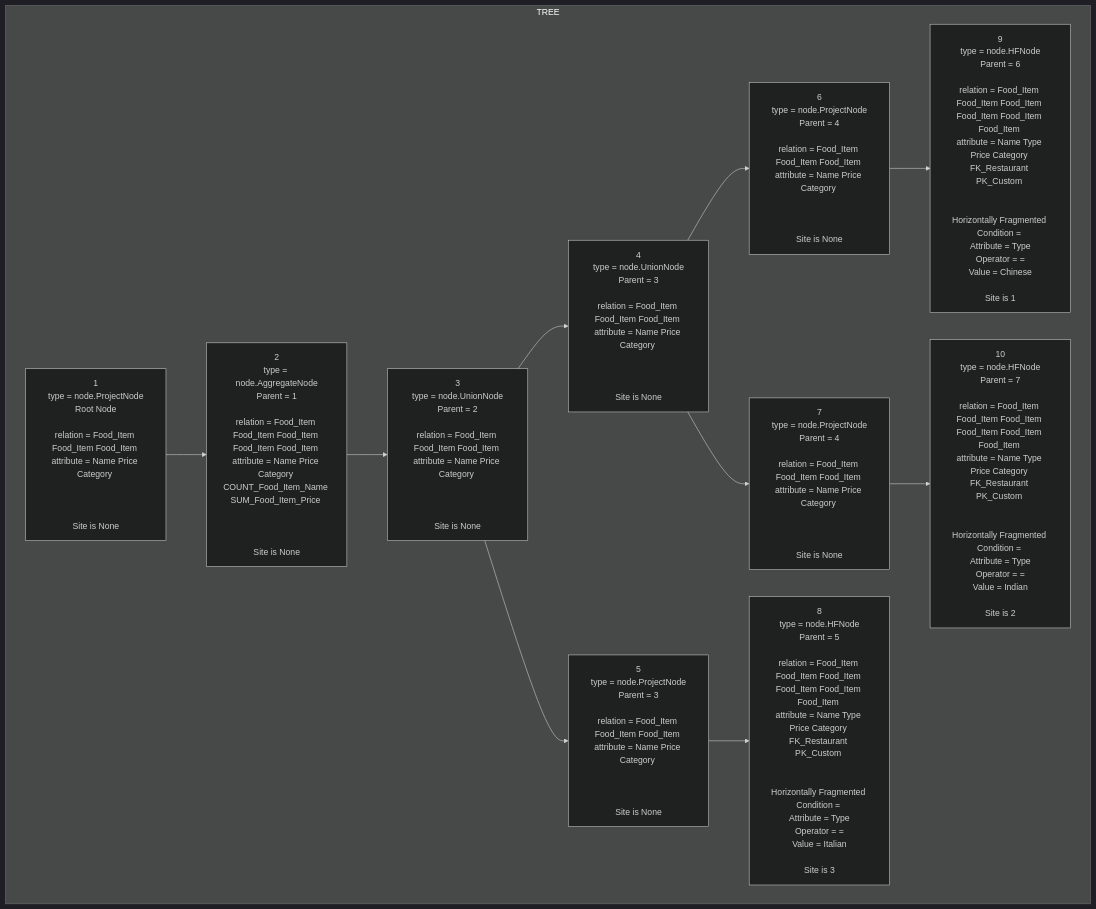
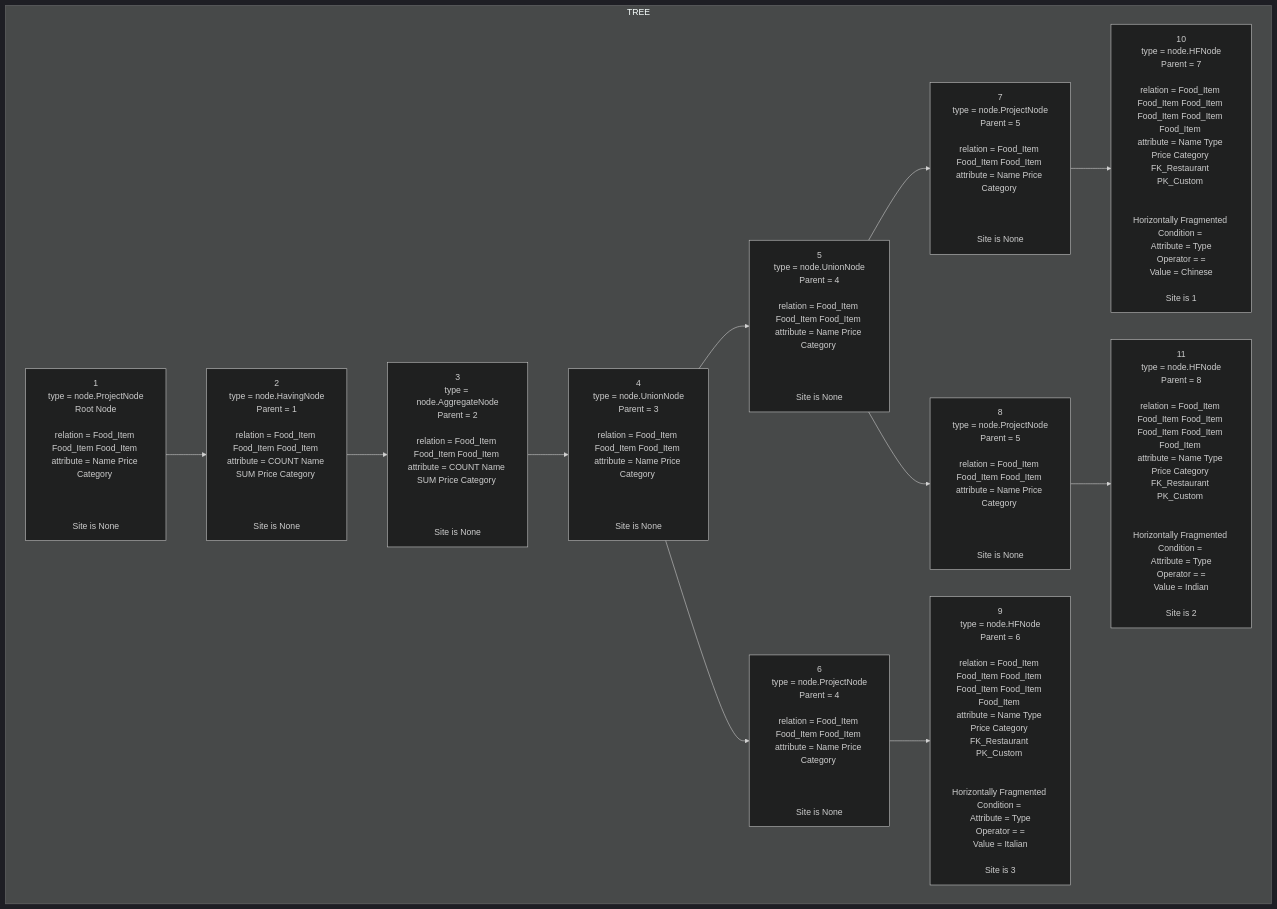
The diagram in phase3/src/complete.md (krtikgrg/Distributed_Database_System), drawn with Mermaid (dark theme) before and after one commit. The commit also changed 6 other files, not shown here.

````diff
--- a/phase3/src/complete.md
+++ b/phase3/src/complete.md
@@ -1,24 +1,26 @@
 ```mermaid
 graph TD
 subgraph TREE
 1[1<br/>type = node.ProjectNode<br/>Root Node<br/><br/>relation = Food_Item Food_Item Food_Item <br/>attribute = Name Price Category <br/><br/><br/><br/>Site is None<br/>]
-2[2<br/>type = node.AggregateNode<br/>Parent = 1<br/><br/>relation = Food_Item Food_Item Food_Item Food_Item Food_Item <br/>attribute = Name Price Category COUNT_Food_Item_Name SUM_Food_Item_Price <br/><br/><br/><br/>Site is None<br/>]
+2[2<br/>type = node.HavingNode<br/>Parent = 1<br/><br/>relation = Food_Item Food_Item Food_Item <br/>attribute = COUNT Name SUM Price Category <br/><br/><br/><br/>Site is None<br/>]
 1-->2
-3[3<br/>type = node.UnionNode<br/>Parent = 2<br/><br/>relation = Food_Item Food_Item Food_Item <br/>attribute = Name Price Category <br/><br/><br/><br/>Site is None<br/>]
+3[3<br/>type = node.AggregateNode<br/>Parent = 2<br/><br/>relation = Food_Item Food_Item Food_Item <br/>attribute = COUNT Name SUM Price Category <br/><br/><br/><br/>Site is None<br/>]
 2-->3
 4[4<br/>type = node.UnionNode<br/>Parent = 3<br/><br/>relation = Food_Item Food_Item Food_Item <br/>attribute = Name Price Category <br/><br/><br/><br/>Site is None<br/>]
 3-->4
-5[5<br/>type = node.ProjectNode<br/>Parent = 3<br/><br/>relation = Food_Item Food_Item Food_Item <br/>attribute = Name Price Category <br/><br/><br/><br/>Site is None<br/>]
-3-->5
+5[5<br/>type = node.UnionNode<br/>Parent = 4<br/><br/>relation = Food_Item Food_Item Food_Item <br/>attribute = Name Price Category <br/><br/><br/><br/>Site is None<br/>]
+4-->5
 6[6<br/>type = node.ProjectNode<br/>Parent = 4<br/><br/>relation = Food_Item Food_Item Food_Item <br/>attribute = Name Price Category <br/><br/><br/><br/>Site is None<br/>]
 4-->6
-7[7<br/>type = node.ProjectNode<br/>Parent = 4<br/><br/>relation = Food_Item Food_Item Food_Item <br/>attribute = Name Price Category <br/><br/><br/><br/>Site is None<br/>]
-4-->7
-8[8<br/>type = node.HFNode<br/>Parent = 5<br/><br/>relation = Food_Item Food_Item Food_Item Food_Item Food_Item Food_Item <br/>attribute = Name Type Price Category FK_Restaurant PK_Custom <br/><br/><br/>Horizontally Fragmented Condition = <br/>Attribute = Type<br/>Operator = =<br/>Value = Italian<br/><br/>Site is 3<br/>]
+7[7<br/>type = node.ProjectNode<br/>Parent = 5<br/><br/>relation = Food_Item Food_Item Food_Item <br/>attribute = Name Price Category <br/><br/><br/><br/>Site is None<br/>]
+5-->7
+8[8<br/>type = node.ProjectNode<br/>Parent = 5<br/><br/>relation = Food_Item Food_Item Food_Item <br/>attribute = Name Price Category <br/><br/><br/><br/>Site is None<br/>]
 5-->8
-9[9<br/>type = node.HFNode<br/>Parent = 6<br/><br/>relation = Food_Item Food_Item Food_Item Food_Item Food_Item Food_Item <br/>attribute = Name Type Price Category FK_Restaurant PK_Custom <br/><br/><br/>Horizontally Fragmented Condition = <br/>Attribute = Type<br/>Operator = =<br/>Value = Chinese<br/><br/>Site is 1<br/>]
+9[9<br/>type = node.HFNode<br/>Parent = 6<br/><br/>relation = Food_Item Food_Item Food_Item Food_Item Food_Item Food_Item <br/>attribute = Name Type Price Category FK_Restaurant PK_Custom <br/><br/><br/>Horizontally Fragmented Condition = <br/>Attribute = Type<br/>Operator = =<br/>Value = Italian<br/><br/>Site is 3<br/>]
 6-->9
-10[10<br/>type = node.HFNode<br/>Parent = 7<br/><br/>relation = Food_Item Food_Item Food_Item Food_Item Food_Item Food_Item <br/>attribute = Name Type Price Category FK_Restaurant PK_Custom <br/><br/><br/>Horizontally Fragmented Condition = <br/>Attribute = Type<br/>Operator = =<br/>Value = Indian<br/><br/>Site is 2<br/>]
+10[10<br/>type = node.HFNode<br/>Parent = 7<br/><br/>relation = Food_Item Food_Item Food_Item Food_Item Food_Item Food_Item <br/>attribute = Name Type Price Category FK_Restaurant PK_Custom <br/><br/><br/>Horizontally Fragmented Condition = <br/>Attribute = Type<br/>Operator = =<br/>Value = Chinese<br/><br/>Site is 1<br/>]
 7-->10
+11[11<br/>type = node.HFNode<br/>Parent = 8<br/><br/>relation = Food_Item Food_Item Food_Item Food_Item Food_Item Food_Item <br/>attribute = Name Type Price Category FK_Restaurant PK_Custom <br/><br/><br/>Horizontally Fragmented Condition = <br/>Attribute = Type<br/>Operator = =<br/>Value = Indian<br/><br/>Site is 2<br/>]
+8-->11
 end
 ```
````
